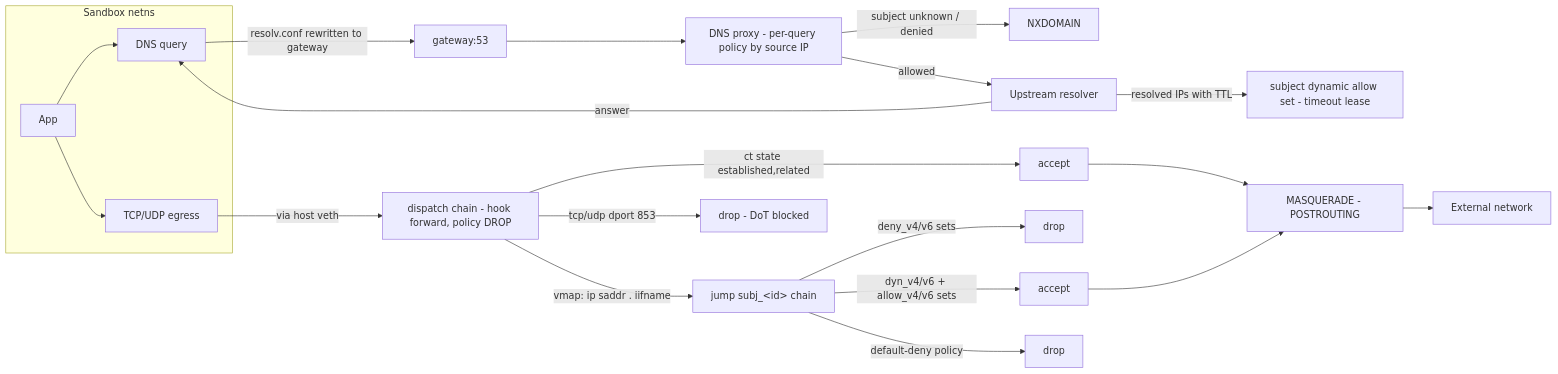
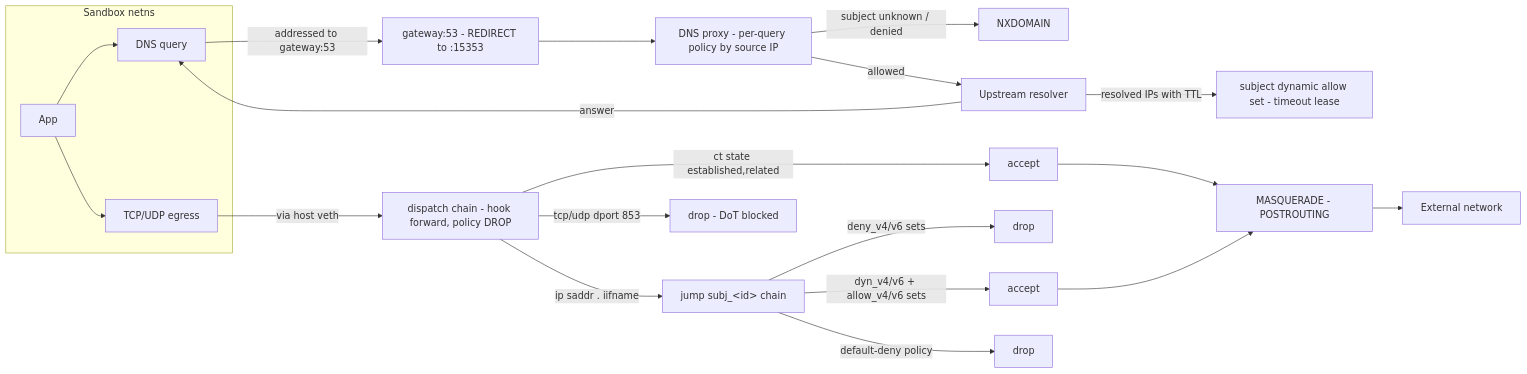
One commit to Pangjiping/OpenSandbox changed the third of 4 diagrams in components/egress/docs/policy-traffic-vault-flow.md. Above: the diagram before and after it, drawn with Mermaid. The commit also changed other lines of this file and 28 other files, not shown here.

````diff
--- a/components/egress/docs/policy-traffic-vault-flow.md
+++ b/components/egress/docs/policy-traffic-vault-flow.md
@@ -83,27 +101,27 @@
 ```mermaid
 flowchart LR
     subgraph SANDBOX[Sandbox netns]
         APP[App] --> DNSQ[DNS query]
         APP --> TCP[TCP/UDP egress]
     end
 
-    DNSQ -->|resolv.conf rewritten to gateway| GW[gateway:53]
+    DNSQ -->|addressed to gateway:53| GW[gateway:53 - REDIRECT to :15353]
     GW --> DP[DNS proxy - per-query policy by source IP]
     DP -->|subject unknown / denied| NX[NXDOMAIN]
     DP -->|allowed| UP[Upstream resolver]
     UP -->|answer| DNSQ
     UP -->|resolved IPs with TTL| DYN[subject dynamic allow set - timeout lease]
 
     TCP -->|via host veth| DISPATCH[dispatch chain - hook forward, policy DROP]
     DISPATCH -->|ct state established,related| ACC1[accept]
     DISPATCH -->|tcp/udp dport 853| DROP1[drop - DoT blocked]
-    DISPATCH -->|vmap: ip saddr . iifname| JUMP[jump subj_&lt;id&gt; chain]
+    DISPATCH -->|ip saddr . iifname| JUMP[jump subj_&lt;id&gt; chain]
 
     JUMP -->|deny_v4/v6 sets| DROP2[drop]
     JUMP -->|dyn_v4/v6 + allow_v4/v6 sets| ACC2[accept]
     JUMP -->|default-deny policy| DROP3[drop]
 
     ACC1 --> MASQ[MASQUERADE - POSTROUTING]
     ACC2 --> MASQ
     MASQ --> EXT[External network]
 ```
````
